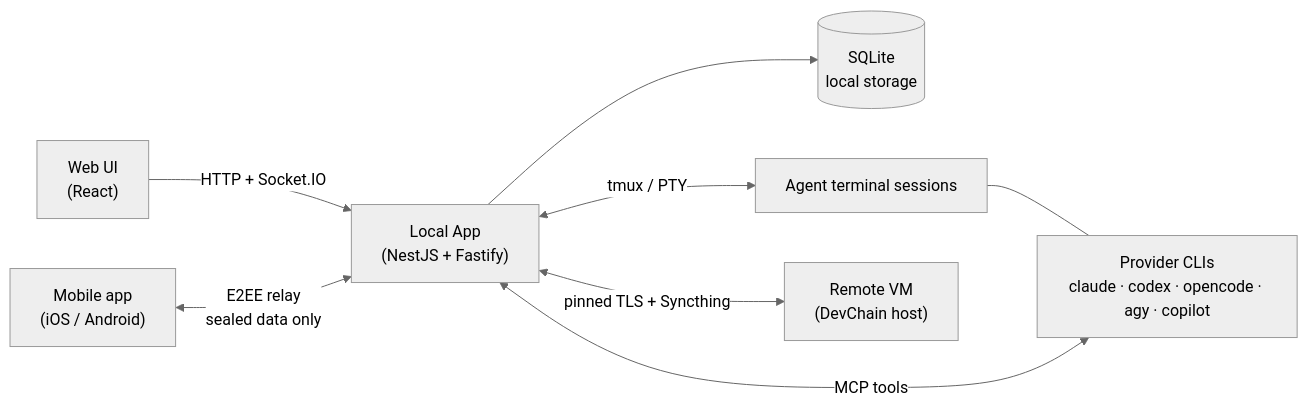
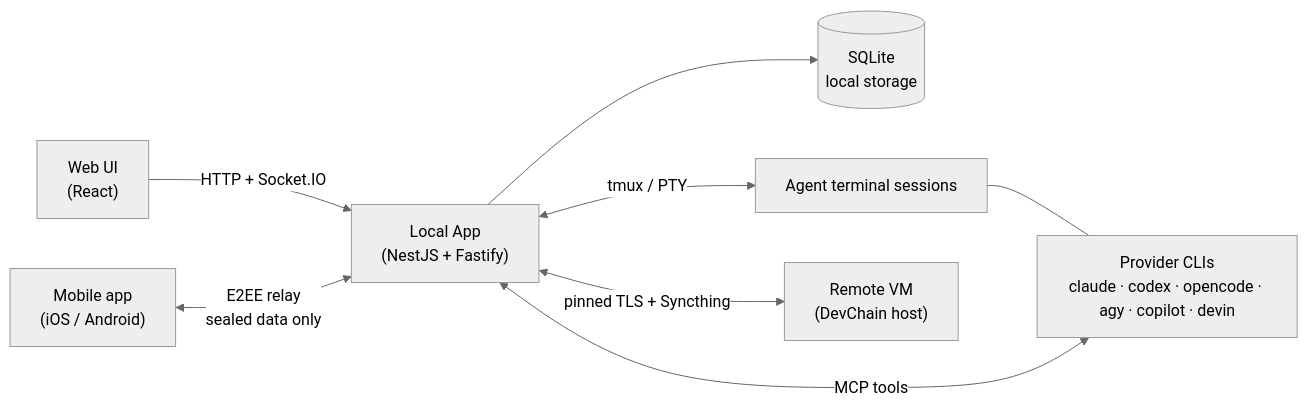
Before and after one commit to TwiTech-LAB/devchain: the diagram in README.md, drawn with Mermaid (neutral theme). The commit also changed other lines of this file and 71 other files, not shown here.

First line of the commit message:
feat(providers): add Devin CLI provider with Remote VM support

````diff
--- a/README.md
+++ b/README.md
@@ -80,10 +81,10 @@
 ```mermaid
 graph LR
     Browser["Web UI<br/>(React)"] -->|HTTP + Socket.IO| App["Local App<br/>(NestJS + Fastify)"]
     App --> DB[("SQLite<br/>local storage")]
     App <-->|tmux / PTY| Sessions["Agent terminal sessions"]
-    Sessions --- CLIs["Provider CLIs<br/>claude · codex · opencode · agy · copilot"]
+    Sessions --- CLIs["Provider CLIs<br/>claude · codex · opencode · agy · copilot · devin"]
     CLIs <-->|MCP tools| App
     Mobile["Mobile app<br/>(iOS / Android)"] <-->|E2EE relay<br/>sealed data only| App
     App <-->|pinned TLS + Syncthing| VM["Remote VM<br/>(DevChain host)"]
 ```
````
